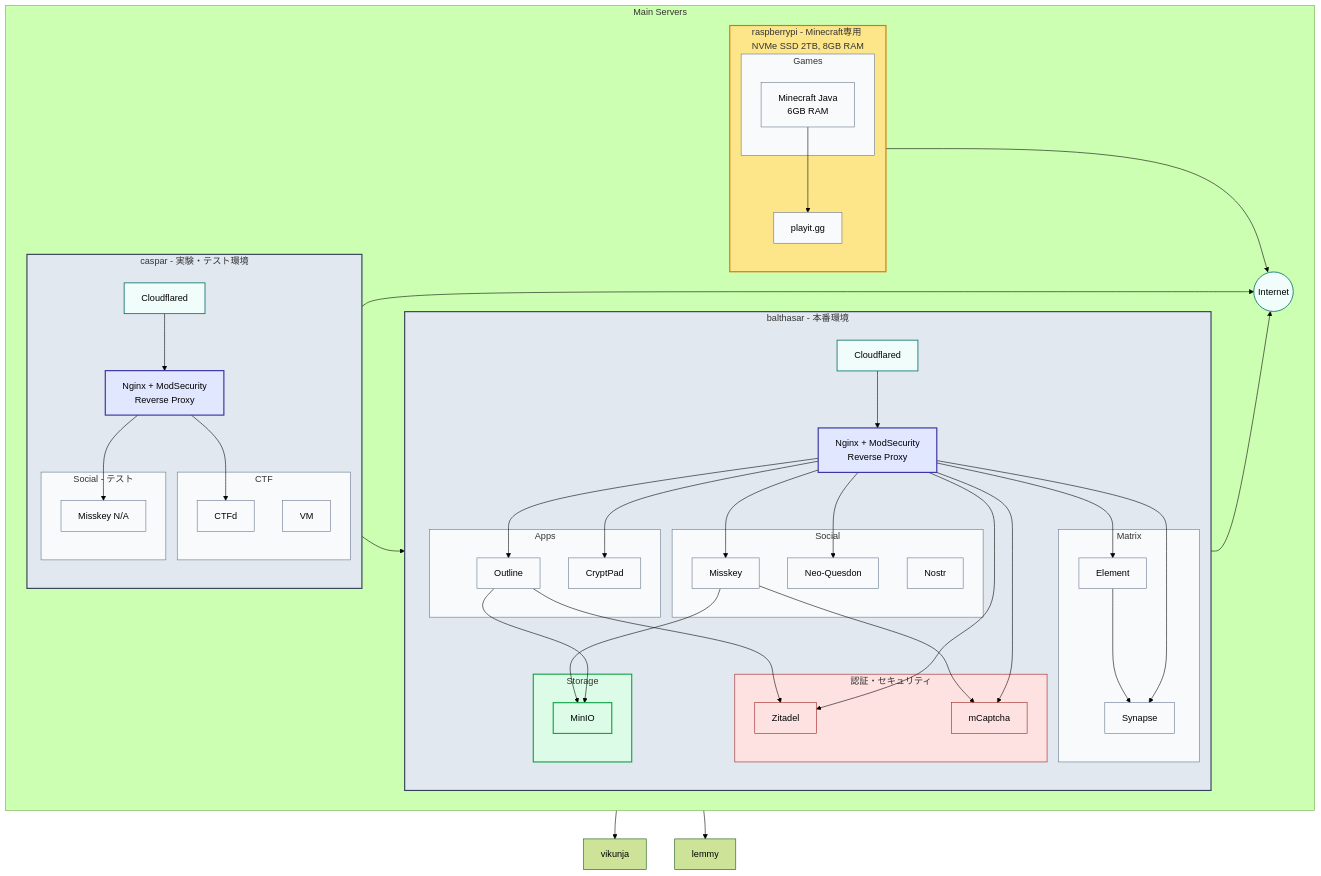
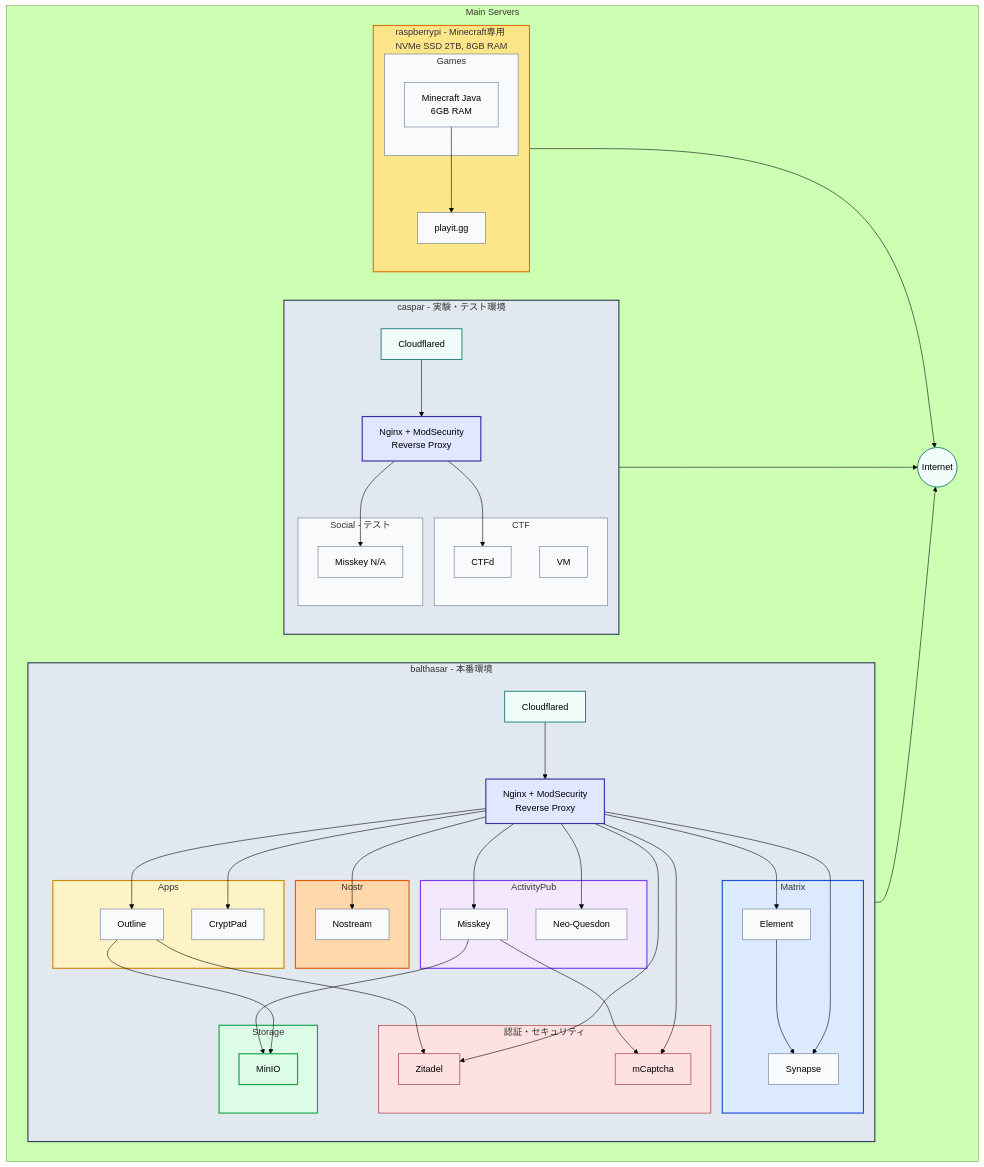
Before and after one commit to yamisskey-dev/hosted-list: the first of 6 diagrams in README.md, drawn with Mermaid (forest theme).

```diff
--- a/README.md
+++ b/README.md
@@ -13,7 +13,11 @@
     classDef security fill:#fee2e2,stroke:#991b1b,stroke-width:1px
     classDef storage fill:#dcfce7,stroke:#16a34a,stroke-width:2px
     classDef local fill:#86efac,stroke:#16a34a,stroke-width:3px
-
+    classDef activitypubStyle fill:#f3e8ff,stroke:#7c3aed,stroke-width:2px
+    classDef nostrStyle fill:#fed7aa,stroke:#ea580c,stroke-width:2px
+    classDef matrixStyle fill:#dbeafe,stroke:#1d4ed8,stroke-width:2px
+    classDef appsStyle fill:#fef3c7,stroke:#ca8a04,stroke-width:2px
+    
     %% Main Infrastructure
     subgraph main_servers[Main Servers]
         direction LR
@@ -23,10 +27,13 @@
             cloudflared_b[Cloudflared]:::cloudflare
             nginx_b[Nginx + ModSecurity<br/>Reverse Proxy]:::proxy
             
-            subgraph social[Social]
+            subgraph activitypub[ActivityPub]
                 yamisskey[Misskey]:::service
                 neoquesdon[Neo-Quesdon]:::service
-                nostream[Nostr]:::service
+            end
+            
+            subgraph nostr[Nostr]
+               nostream[Nostream]:::service
             end
             
             subgraph matrix[Matrix]
@@ -75,11 +82,11 @@
         
         internet((Internet)):::cloudflare
     end
-
+    
     %% Local storage connections (thick lines)
     yamisskey --> minio
     outline --> minio
-
+    
     %% Local authentication connections (within balthasar)
     outline --> zitadel
     yamisskey --> mcaptcha
@@ -87,37 +94,39 @@
     %% Other core connections
     element --> synapse
     minecraft --> playig
-
+    
     %% Cloudflared to Nginx connections
     cloudflared_b --> nginx_b
     cloudflared_c --> nginx_c
-
+    
     %% Nginx to services - balthasar
     nginx_b --> yamisskey
     nginx_b --> neoquesdon
+    nginx_b --> nostream
     nginx_b --> element
     nginx_b --> synapse
     nginx_b --> outline
-    nginx_b --> vikunja
     nginx_b --> cryptpad
-    nginx_b --> lemmy
     nginx_b --> zitadel
     nginx_b --> mcaptcha
     
     %% Nginx to services - caspar
     nginx_c --> nayamisskey
-    nginx_c --> nostream
     nginx_c --> ctfd
-
+    
     %% External connections
     playig --> internet
     cloudflared_b --> internet
     cloudflared_c --> internet
-
-    %% Apply styles
+    
+    %% Apply styles to subgraphs
     class balthasar,caspar homeServer
     class raspberrypi rpi
-    class social,social_c,matrix,apps,games,CTF service
+    class activitypub activitypubStyle
+    class nostr nostrStyle
+    class matrix matrixStyle
+    class apps appsStyle
+    class games,CTF,social_c service
     class auth_services security
     class cloudflared_b,cloudflared_c cloudflare
     class nginx_b,nginx_c proxy
```
